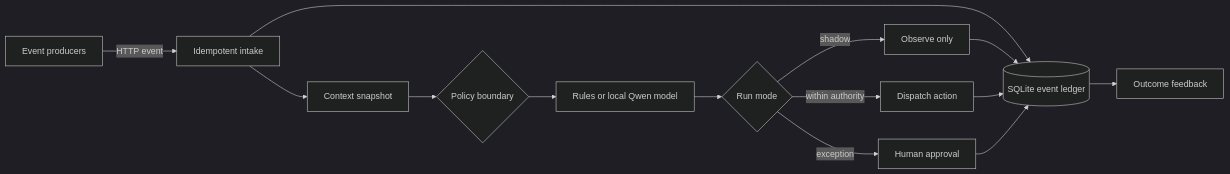
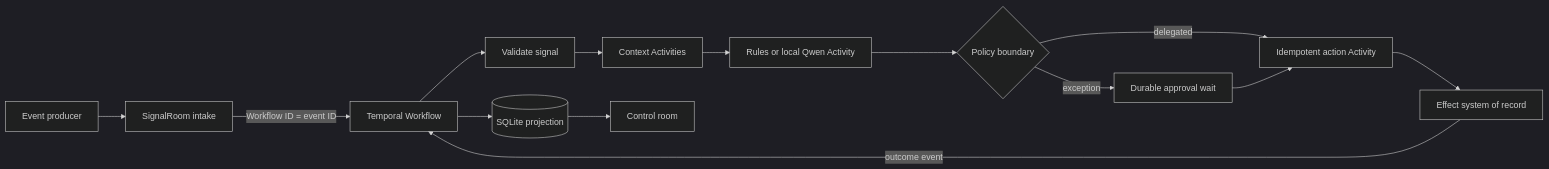
Before and after one commit to musicalScorpio/signalroom: the diagram in README.md, drawn with Mermaid (dark theme). The commit also changed other lines of this file and 17 other files, not shown here.

Commit message:
Add Temporal durable event-to-outcome workflows

````diff
--- a/README.md
+++ b/README.md
@@ -76,16 +101,16 @@
 ```mermaid
 flowchart LR
-  P[Event producers] -->|HTTP event| I[Idempotent intake]
-  I --> L[(SQLite event ledger)]
-  I --> C[Context snapshot]
-  C --> R{Policy boundary}
-  R --> M[Rules or local Qwen model]
-  M --> S{Run mode}
-  S -->|shadow| O[Observe only]
-  S -->|within authority| A[Dispatch action]
-  S -->|exception| H[Human approval]
-  O --> L
-  A --> L
-  H --> L
-  L --> F[Outcome feedback]
+  P[Event producer] --> API[SignalRoom intake]
+  API -->|Workflow ID = event ID| T[Temporal Workflow]
+  T --> V[Validate signal]
+  V --> C[Context Activities]
+  C --> M[Rules or local Qwen Activity]
+  M --> G{Policy boundary}
+  G -->|exception| H[Durable approval wait]
+  G -->|delegated| A[Idempotent action Activity]
+  H --> A
+  A --> E[Effect system of record]
+  E -->|outcome event| T
+  T --> O[(SQLite projection)]
+  O --> UI[Control room]
 ```
````
